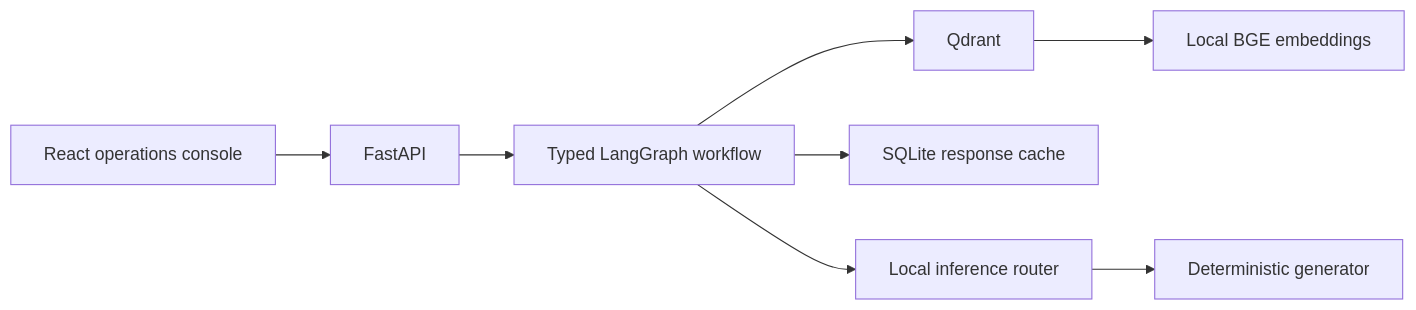
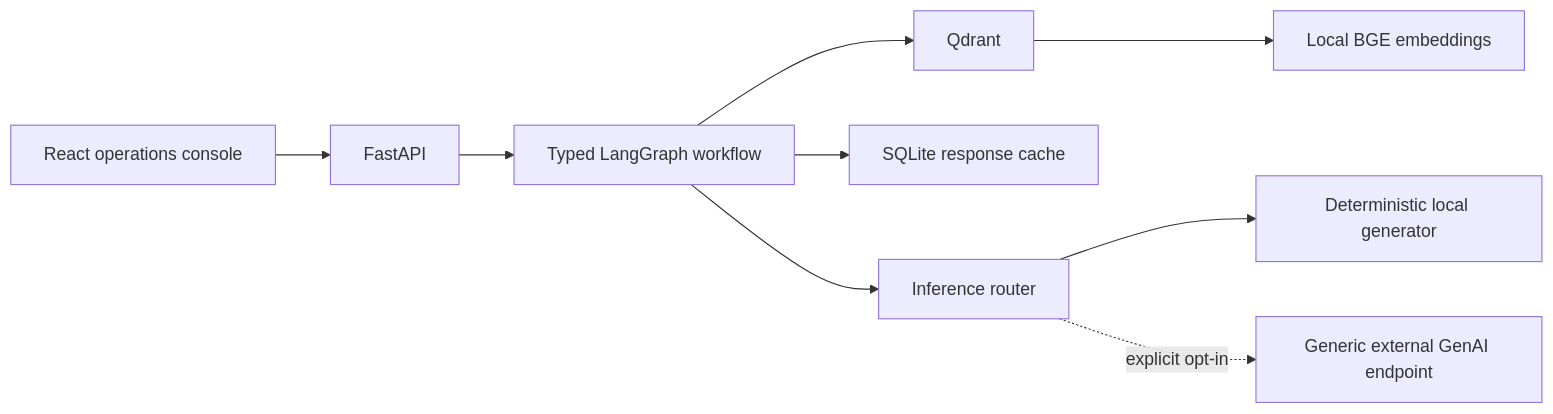
One commit to Praciller/customer-support-rag-triage-agent changed the diagram in README.md. Above: the diagram before and after it, drawn with Mermaid. The commit also changed other lines of this file, not shown here.

Commit message:
Align RAG documentation with external GenAI exception

````diff
--- a/README.md
+++ b/README.md
@@ -31,10 +32,11 @@
 ```mermaid
 flowchart LR
   UI[React operations console] --> API[FastAPI]
   API --> G[Typed LangGraph workflow]
   G --> Q[Qdrant]
   Q --> E[Local BGE embeddings]
   G --> C[SQLite response cache]
-  G --> R[Local inference router]
-  R --> M[Deterministic generator]
+  G --> R[Inference router]
+  R --> M[Deterministic local generator]
+  R -. explicit opt-in .-> X[Generic external GenAI endpoint]
 ```
````
